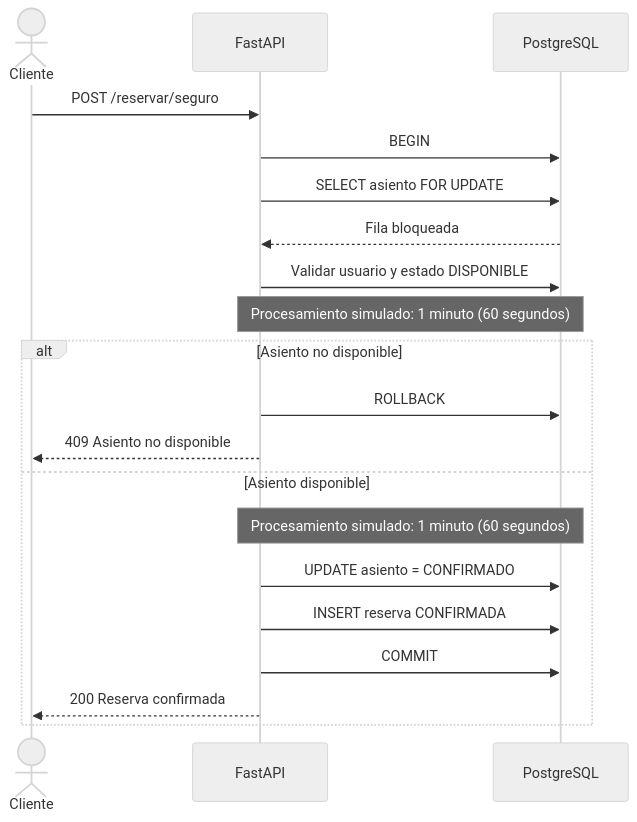
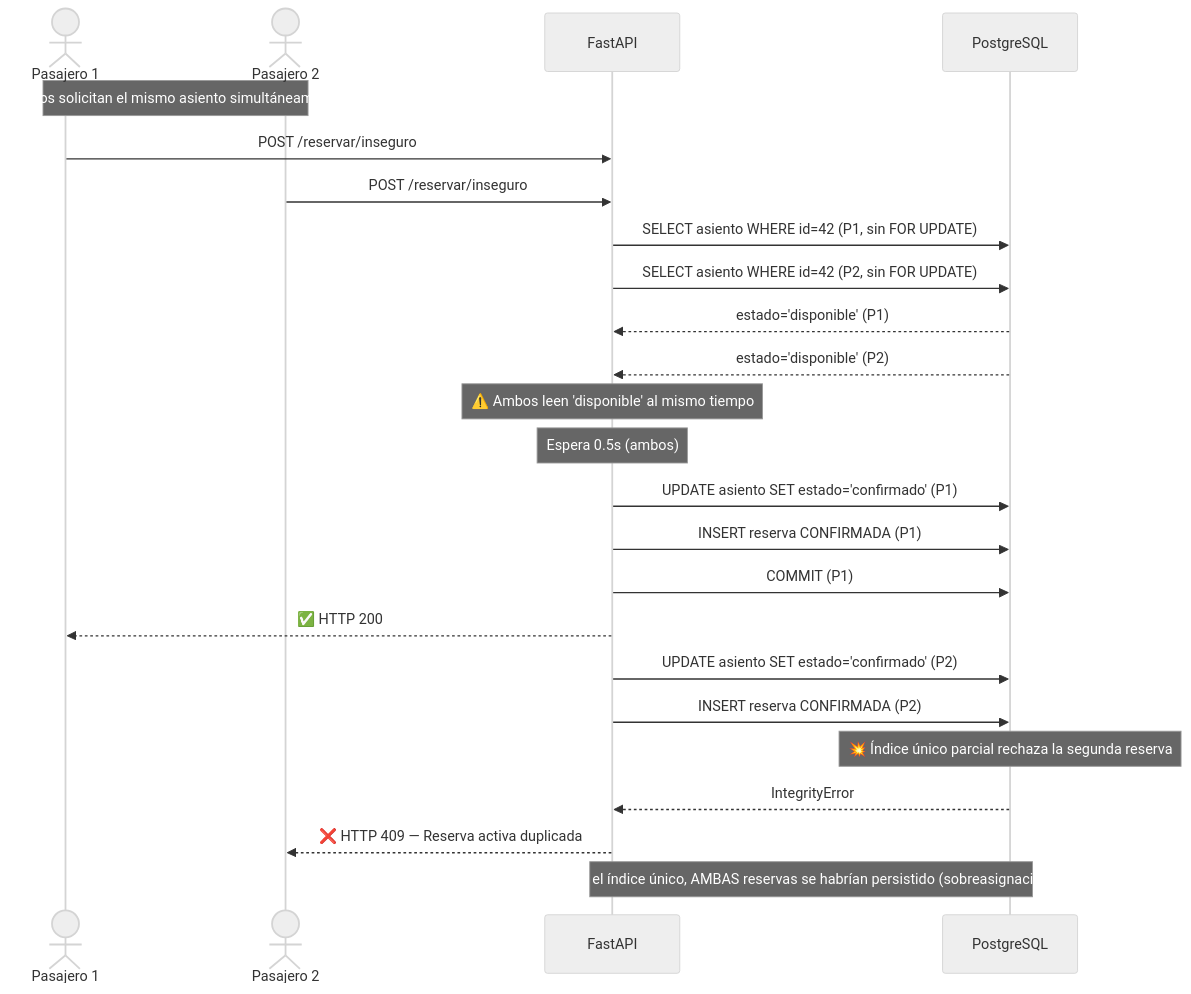
Before and after one commit to ipinaya-code/empresarial: the third of 3 diagrams in docs/diagrama_secuencia_reserva.md, drawn with Mermaid (neutral theme). The commit also changed other lines of this file and 61 other files, not shown here.

````diff
--- a/docs/diagrama_secuencia_reserva.md
+++ b/docs/diagrama_secuencia_reserva.md
@@ -3,23 +101,37 @@
 ```mermaid
 sequenceDiagram
-    actor Cliente
+    actor P1 as Pasajero 1
+    actor P2 as Pasajero 2
     participant API as FastAPI
     participant DB as PostgreSQL
 
-    Cliente->>API: POST /reservar/seguro
-    API->>DB: BEGIN
-    API->>DB: SELECT asiento FOR UPDATE
-    DB-->>API: Fila bloqueada
-    API->>DB: Validar usuario y estado DISPONIBLE
-    Note over API,DB: Procesamiento simulado: 1 minuto (60 segundos)
-    alt Asiento no disponible
-        API->>DB: ROLLBACK
-        API-->>Cliente: 409 Asiento no disponible
-    else Asiento disponible
-        Note over API,DB: Procesamiento simulado: 1 minuto (60 segundos)
-        API->>DB: UPDATE asiento = CONFIRMADO
-        API->>DB: INSERT reserva CONFIRMADA
-        API->>DB: COMMIT
-        API-->>Cliente: 200 Reserva confirmada
-    end
+    Note over P1,P2: Ambos solicitan el mismo asiento simultáneamente
+
+    P1->>API: POST /reservar/inseguro
+    P2->>API: POST /reservar/inseguro
+
+    API->>DB: SELECT asiento WHERE id=42 (P1, sin FOR UPDATE)
+    API->>DB: SELECT asiento WHERE id=42 (P2, sin FOR UPDATE)
+
+    DB-->>API: estado='disponible' (P1)
+    DB-->>API: estado='disponible' (P2)
+
+    Note over API: ⚠️ Ambos leen 'disponible' al mismo tiempo
+
+    Note over API: Espera 0.5s (ambos)
+
+    API->>DB: UPDATE asiento SET estado='confirmado' (P1)
+    API->>DB: INSERT reserva CONFIRMADA (P1)
+    API->>DB: COMMIT (P1)
+    API-->>P1: ✅ HTTP 200
+
+    API->>DB: UPDATE asiento SET estado='confirmado' (P2)
+    API->>DB: INSERT reserva CONFIRMADA (P2)
+
+    Note over DB: 💥 Índice único parcial rechaza la segunda reserva
+
+    DB-->>API: IntegrityError
+    API-->>P2: ❌ HTTP 409 — Reserva activa duplicada
+
+    Note over API,DB: Sin el índice único, AMBAS reservas se habrían persistido (sobreasignación)
 ```
````
